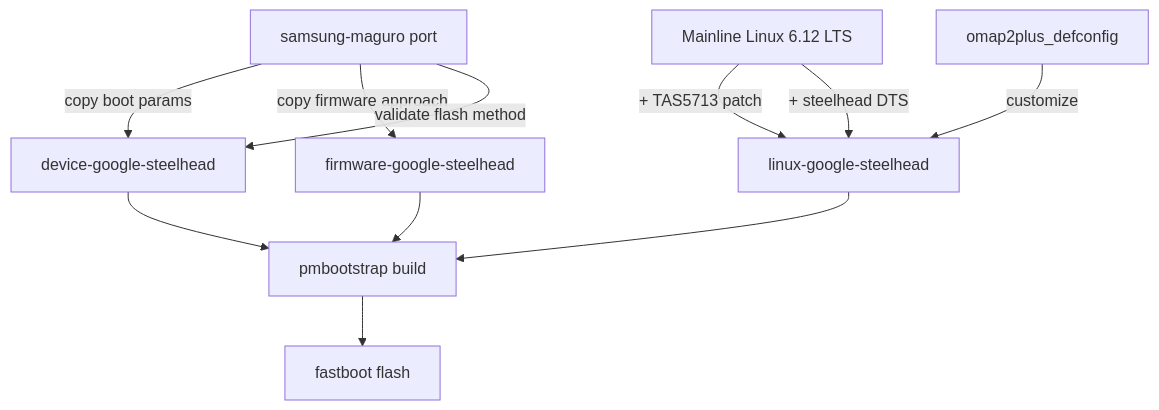
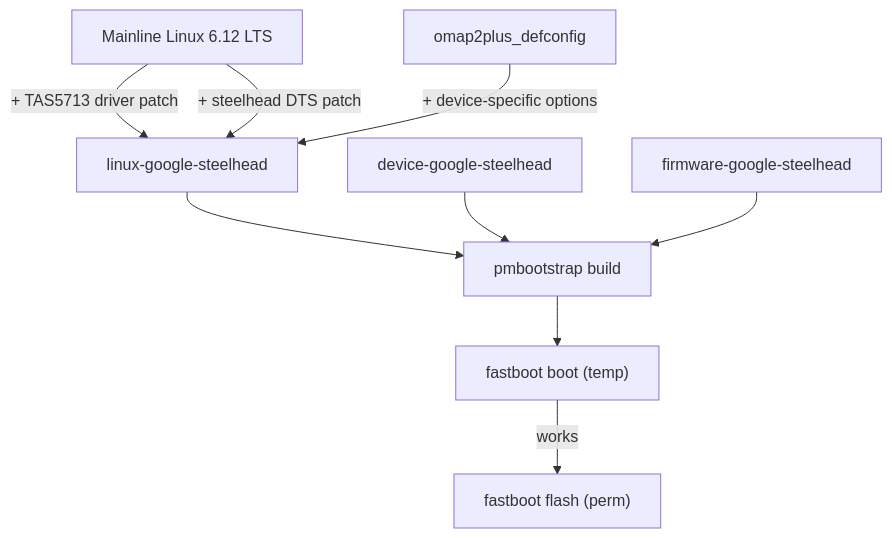
One commit to petronijus/nexusQ-reloaded changed the first of 2 diagrams in .cursor/plans/nexus_q_maguro-based_port_64b2cf1d.plan.md. Above: the diagram before and after it, drawn with Mermaid. The commit also changed other lines of this file and 15 other files, not shown here.

````diff
--- a/.cursor/plans/nexus_q_maguro-based_port_64b2cf1d.plan.md
+++ b/.cursor/plans/nexus_q_maguro-based_port_64b2cf1d.plan.md
@@ -47,15 +80,12 @@
 ```mermaid
 flowchart TD
-  Maguro[samsung-maguro port] -->|"copy boot params"| Steelhead[device-google-steelhead]
-  Maguro -->|"copy firmware approach"| FW[firmware-google-steelhead]
-  Maguro -->|"validate flash method"| Steelhead
-  
-  MainlineKernel["Mainline Linux 6.12 LTS"] -->|"+ TAS5713 patch"| KernelPkg[linux-google-steelhead]
-  MainlineKernel -->|"+ steelhead DTS"| KernelPkg
-  OMAP2plusDefconfig["omap2plus_defconfig"] -->|"customize"| KernelPkg
-  
-  Steelhead --> Build[pmbootstrap build]
-  KernelPkg --> Build
-  FW --> Build
-  Build --> Flash["fastboot flash"]
+  MainlineKernel["Mainline Linux 6.12 LTS"] -->|"+ TAS5713 driver patch"| KernelPkg[linux-google-steelhead]
+  MainlineKernel -->|"+ steelhead DTS patch"| KernelPkg
+  OMAP2plusDefconfig["omap2plus_defconfig"] -->|"+ device-specific options"| KernelPkg
+
+  KernelPkg --> Build[pmbootstrap build]
+  DevicePkg[device-google-steelhead] --> Build
+  FirmwarePkg[firmware-google-steelhead] --> Build
+  Build --> Test["fastboot boot (temp)"]
+  Test -->|"works"| Flash["fastboot flash (perm)"]
 ```
````
